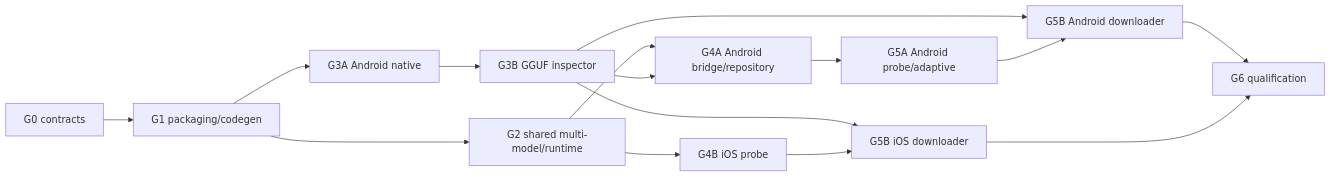
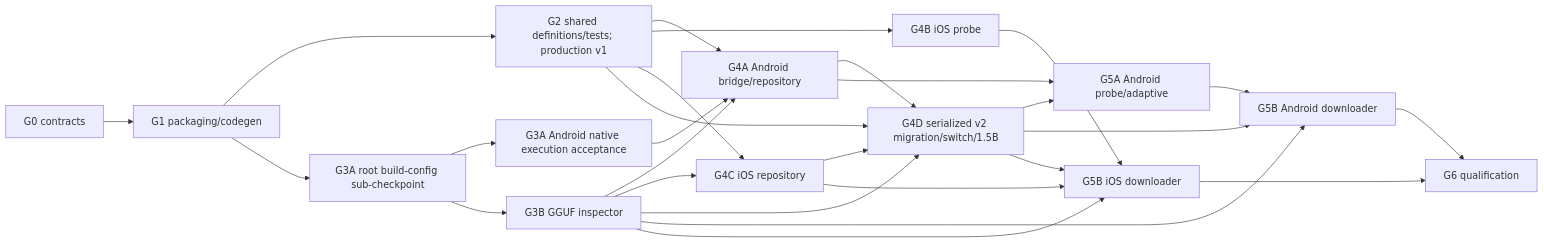
One commit to ASDFGHJKLZXC123/pocketlm changed the second of 2 diagrams in docs/plans/2026-08-07-ios-android-expansion-implementation-plan.md. Above: the diagram before and after it, drawn with Mermaid. The commit also changed other lines of this file and 8 other files, not shown here.

````diff
--- a/docs/plans/2026-08-07-ios-android-expansion-implementation-plan.md
+++ b/docs/plans/2026-08-07-ios-android-expansion-implementation-plan.md
@@ -539,17 +827,29 @@
 ```mermaid
 flowchart LR
     G0["G0 contracts"] --> G1["G1 packaging/codegen"]
-    G1 --> G2["G2 shared multi-model/runtime"]
-    G1 --> A1["G3A Android native"]
-    A1 --> V["G3B GGUF inspector"]
+    G1 --> G2["G2 shared definitions/tests; production v1"]
+    G1 --> ACFG["G3A root build-config sub-checkpoint"]
+    ACFG --> A1["G3A Android native execution acceptance"]
+    ACFG --> V["G3B GGUF inspector"]
     G2 --> A2["G4A Android bridge/repository"]
     V --> A2
+    A1 --> A2
     G2 --> I1["G4B iOS probe"]
+    G2 --> IR["G4C iOS repository"]
+    V --> IR
+    G2 --> ACT["G4D serialized v2 migration/switch/1.5B"]
+    A2 --> ACT
+    IR --> ACT
+    V --> ACT
     A2 --> AR["G5A Android probe/adaptive"]
+    ACT --> AR
     V --> AD["G5B Android downloader"]
     AR --> AD
+    ACT --> AD
     V --> ID["G5B iOS downloader"]
     I1 --> ID
+    IR --> ID
+    ACT --> ID
     AD --> Q["G6 qualification"]
     ID --> Q
 ```
````
